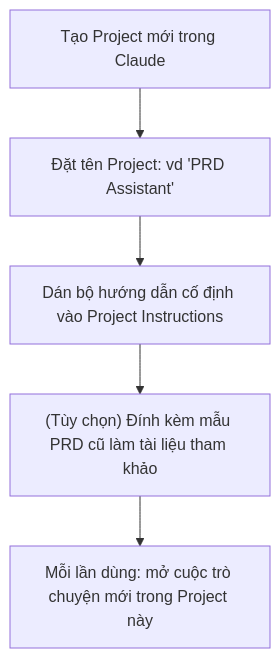
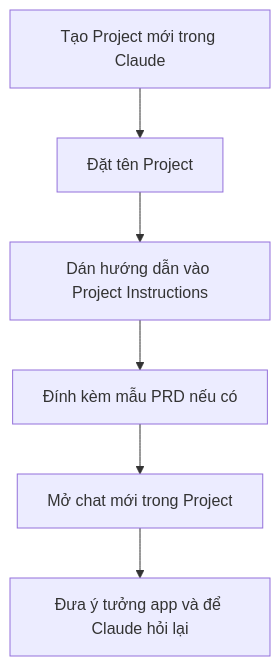
One commit to AlanKhan145/course-knowledge-base changed the third of 3 diagrams in khoa-hoc-vibe-coding-co-ban/Module 03 - Tu No-Code Den Vibe Coding/09-chatbot-prd-ca-nhan.md. Above: the diagram before and after it, drawn with Mermaid. The commit also changed other lines of this file and 19 other files, not shown here.

````diff
--- a/khoa-hoc-vibe-coding-co-ban/Module 03 - Tu No-Code Den Vibe Coding/09-chatbot-prd-ca-nhan.md
+++ b/khoa-hoc-vibe-coding-co-ban/Module 03 - Tu No-Code Den Vibe Coding/09-chatbot-prd-ca-nhan.md
@@ -75,7 +200,8 @@
 ```mermaid
 flowchart TD
-    A["Tạo Project mới trong Claude"] --> B["Đặt tên Project: vd 'PRD Assistant'"]
-    B --> C["Dán bộ hướng dẫn cố định vào Project Instructions"]
-    C --> D["(Tùy chọn) Đính kèm mẫu PRD cũ làm tài liệu tham khảo"]
-    D --> E["Mỗi lần dùng: mở cuộc trò chuyện mới trong Project này"]
+    A["Tạo Project mới trong Claude"] --> B["Đặt tên Project"]
+    B --> C["Dán hướng dẫn vào Project Instructions"]
+    C --> D["Đính kèm mẫu PRD nếu có"]
+    D --> E["Mở chat mới trong Project"]
+    E --> F["Đưa ý tưởng app và để Claude hỏi lại"]
 ```
````
